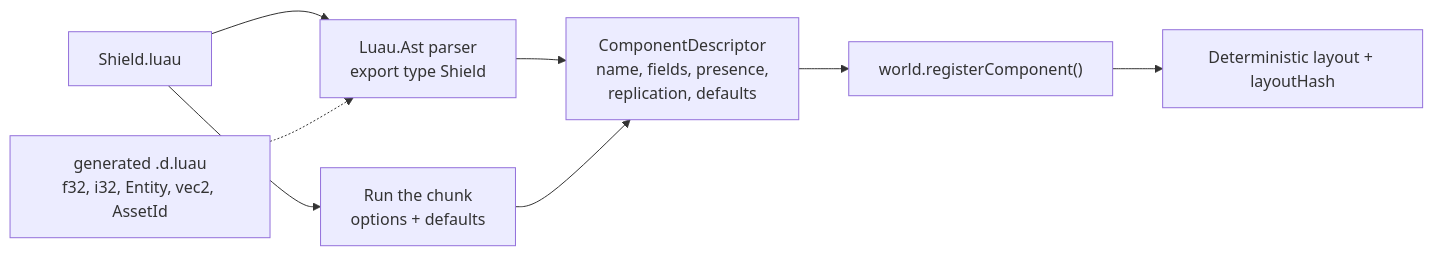
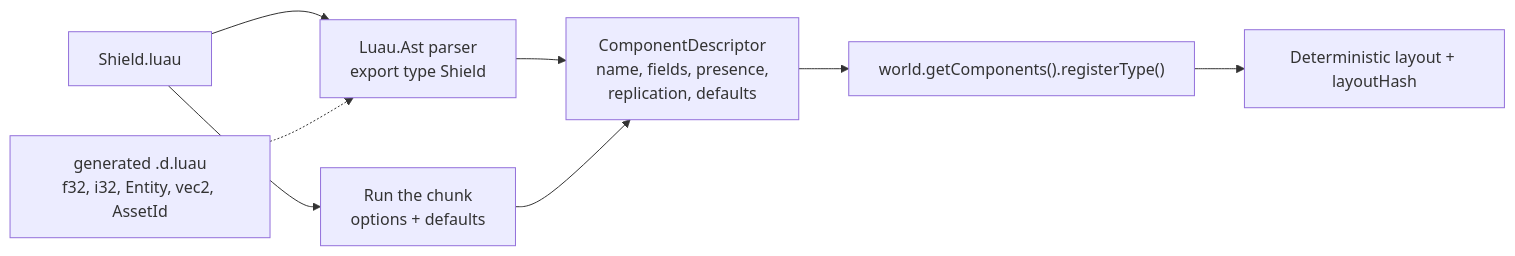
The diagram in docs/ecs/features/19-luau-bridge.md (Charles-Mahoudeau/rtype), drawn with Mermaid before and after one commit. The commit also changed 6 other files, not shown here.

````diff
--- a/docs/ecs/features/19-luau-bridge.md
+++ b/docs/ecs/features/19-luau-bridge.md
@@ -57,10 +57,10 @@
 ```mermaid
 flowchart LR
     file["Shield.luau"] --> parse["Luau.Ast parser<br/>export type Shield"]
     aliases["generated .d.luau<br/>f32, i32, Entity, vec2, AssetId"] -.-> parse
     parse --> desc["ComponentDescriptor<br/>name, fields, presence,<br/>replication, defaults"]
     file --> run["Run the chunk<br/>options + defaults"]
     run --> desc
-    desc --> reg["world.registerComponent()"]
+    desc --> reg["world.getComponents().registerType()"]
     reg --> layout["Deterministic layout + layoutHash"]
 ```
````
